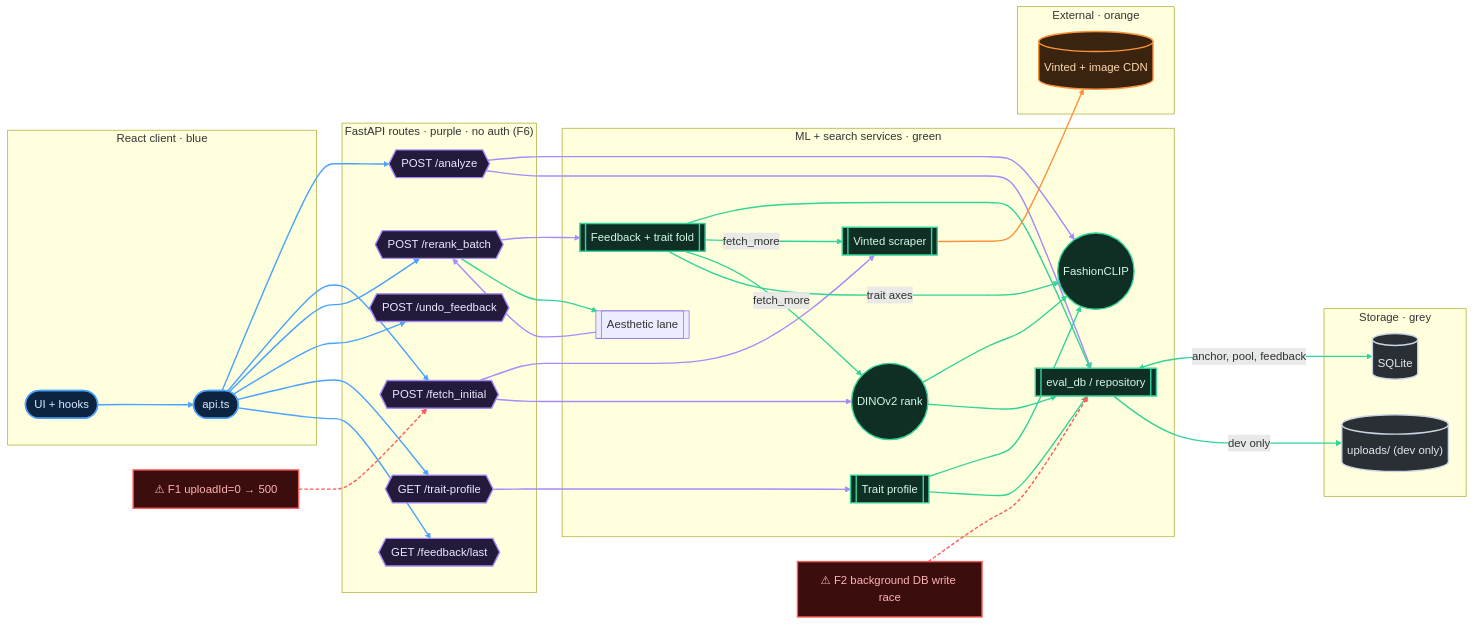
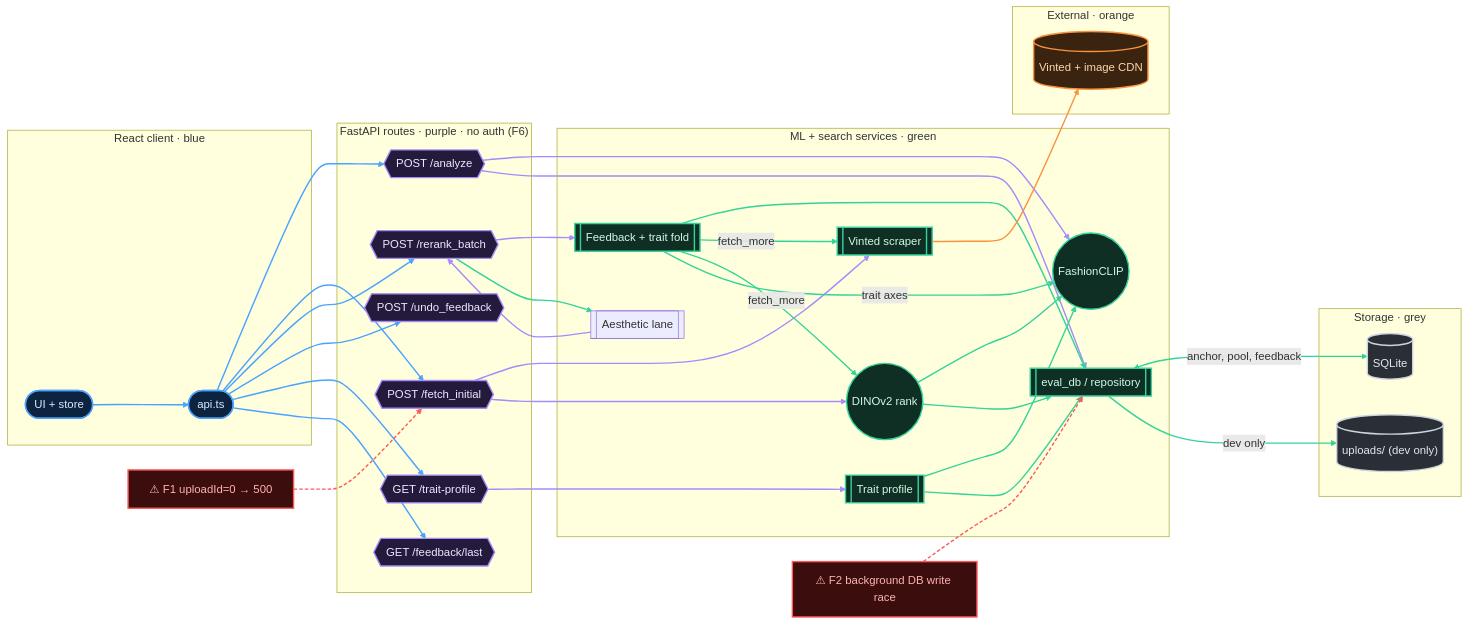
One commit to bvechiato/rack-sorter changed the first of 7 diagrams in docs/flows/README.md. Above: the diagram before and after it, drawn with Mermaid. The commit also changed other lines of this file and 31 other files, not shown here.

```diff
--- a/docs/flows/README.md
+++ b/docs/flows/README.md
@@ -23,7 +23,7 @@
     classDef fault fill:#3b0d0d,stroke:#ff5a5a,color:#ffb3b3,stroke-width:2px;
 
     subgraph Client["React client · blue"]
-        UI(["UI + hooks"])
+        UI(["UI + store"])
         API(["api.ts"])
     end
 
```
